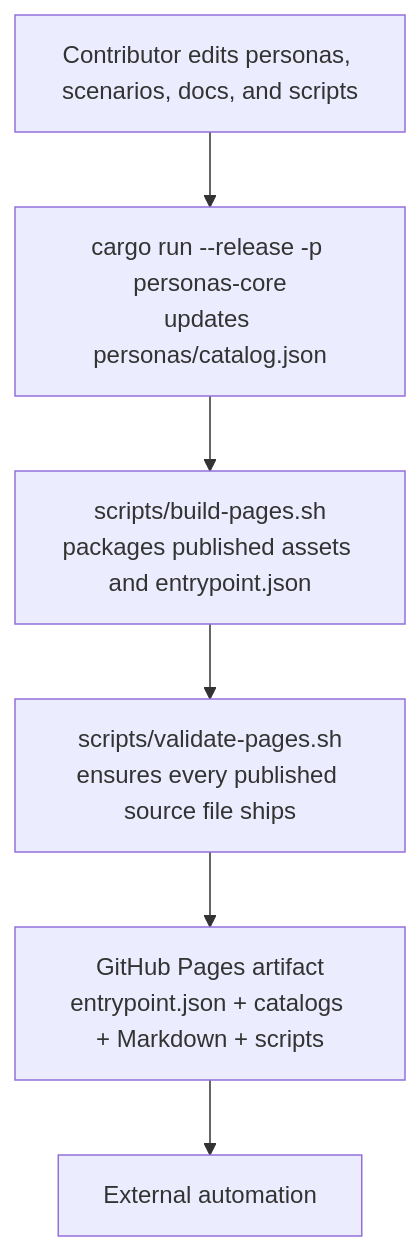
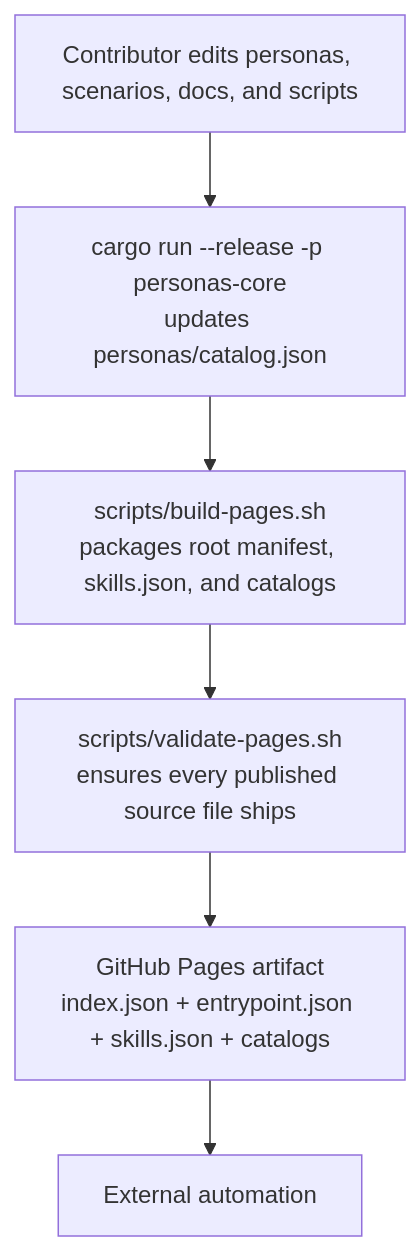
Before and after one commit to qqrm/codex-tools: the second of 2 diagrams in README.md, drawn with Mermaid. The commit also changed other lines of this file and 7 other files, not shown here.

Commit message:
feat: publish full root discovery manifest

````diff
--- a/README.md
+++ b/README.md
@@ -200,11 +208,11 @@
 ```mermaid
 flowchart TD
   Dev["Contributor edits personas, scenarios, docs, and scripts"]
   Generator["cargo run --release -p personas-core<br/>updates personas/catalog.json"]
-  Bundle["scripts/build-pages.sh<br/>packages published assets and entrypoint.json"]
+  Bundle["scripts/build-pages.sh<br/>packages root manifest, skills.json, and catalogs"]
   Validate["scripts/validate-pages.sh<br/>ensures every published source file ships"]
-  Pages["GitHub Pages artifact<br/>entrypoint.json + catalogs + Markdown + scripts"]
+  Pages["GitHub Pages artifact<br/>index.json + entrypoint.json + skills.json + catalogs"]
   Consumers["External automation"]
 
   Dev --> Generator --> Bundle --> Validate --> Pages --> Consumers
 ```
````
